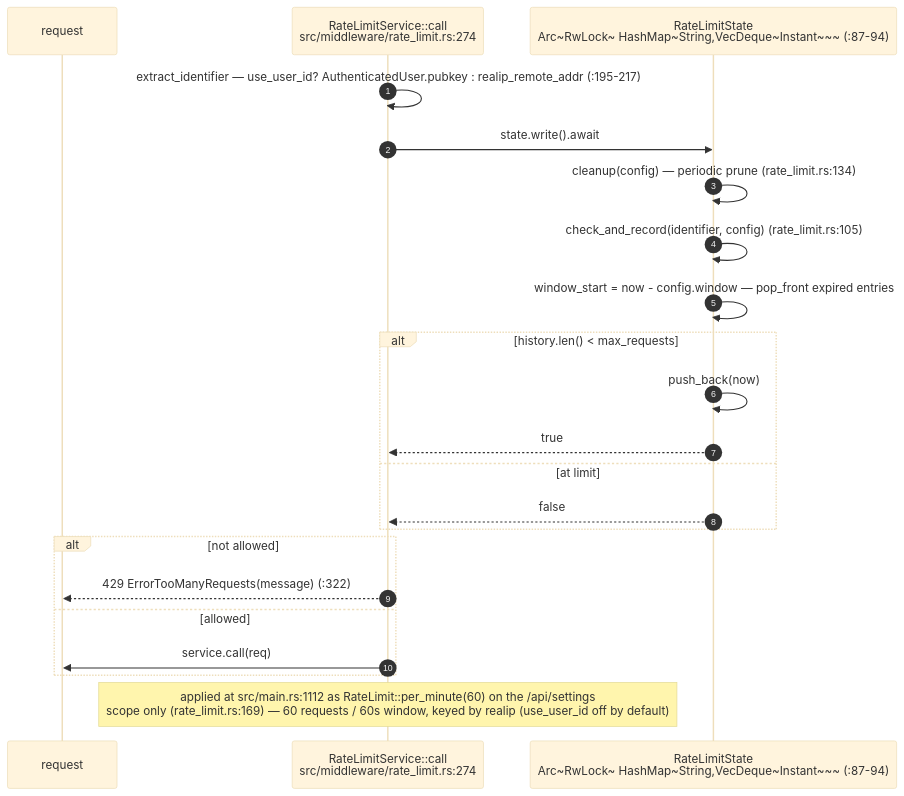
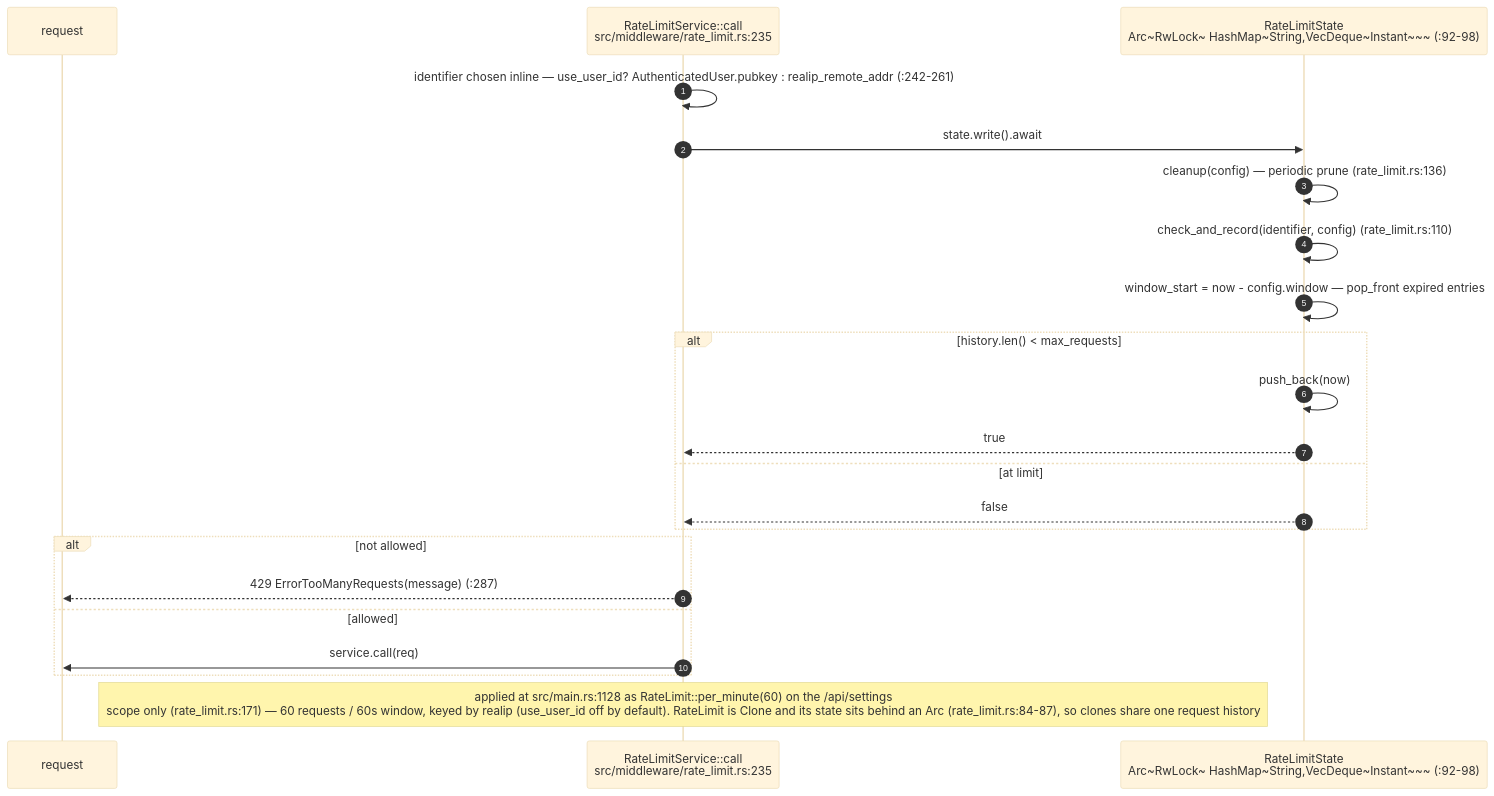
Diagram 11 of 14 in docs/diagrams/visionclaw/03-request-lifecycle-and-rbac.md (DreamLab-AI/VisionFlow), drawn with Mermaid (base theme) before and after one commit. The commit also changed other lines of this file and 20 other files, not shown here.

Commit message:
docs(diagrams): reflect the S-3, S-7c/d/f and S-4(3) fixes in the corpus

````diff
--- a/docs/diagrams/visionclaw/03-request-lifecycle-and-rbac.md
+++ b/docs/diagrams/visionclaw/03-request-lifecycle-and-rbac.md
@@ -477,25 +511,25 @@
 ```mermaid
 sequenceDiagram
     autonumber
     participant R as request
-    participant RL as RateLimitService::call<br/>src/middleware/rate_limit.rs:274
-    participant ST as RateLimitState<br/>Arc~RwLock~ HashMap~String,VecDeque~Instant~~~ (:87-94)
+    participant RL as RateLimitService::call<br/>src/middleware/rate_limit.rs:235
+    participant ST as RateLimitState<br/>Arc~RwLock~ HashMap~String,VecDeque~Instant~~~ (:92-98)
 
-    RL->>RL: extract_identifier — use_user_id? AuthenticatedUser.pubkey : realip_remote_addr (:195-217)
+    RL->>RL: identifier chosen inline — use_user_id? AuthenticatedUser.pubkey : realip_remote_addr (:242-261)
     RL->>ST: state.write().await
-    ST->>ST: cleanup(config) — periodic prune (rate_limit.rs:134)
-    ST->>ST: check_and_record(identifier, config) (rate_limit.rs:105)
+    ST->>ST: cleanup(config) — periodic prune (rate_limit.rs:136)
+    ST->>ST: check_and_record(identifier, config) (rate_limit.rs:110)
     ST->>ST: window_start = now - config.window — pop_front expired entries
     alt history.len() < max_requests
         ST->>ST: push_back(now)
         ST-->>RL: true
     else at limit
         ST-->>RL: false
     end
     alt not allowed
-        RL-->>R: 429 ErrorTooManyRequests(message) (:322)
+        RL-->>R: 429 ErrorTooManyRequests(message) (:287)
     else allowed
         RL->>R: service.call(req)
     end
-    Note over RL: applied at src/main.rs:1112 as RateLimit::per_minute(60) on the /api/settings<br/>scope only (rate_limit.rs:169) — 60 requests / 60s window, keyed by realip (use_user_id off by default)
+    Note over RL: applied at src/main.rs:1128 as RateLimit::per_minute(60) on the /api/settings<br/>scope only (rate_limit.rs:171) — 60 requests / 60s window, keyed by realip (use_user_id off by default). RateLimit is Clone and its state sits behind an Arc (rate_limit.rs:84-87), so clones share one request history
 ```
````
